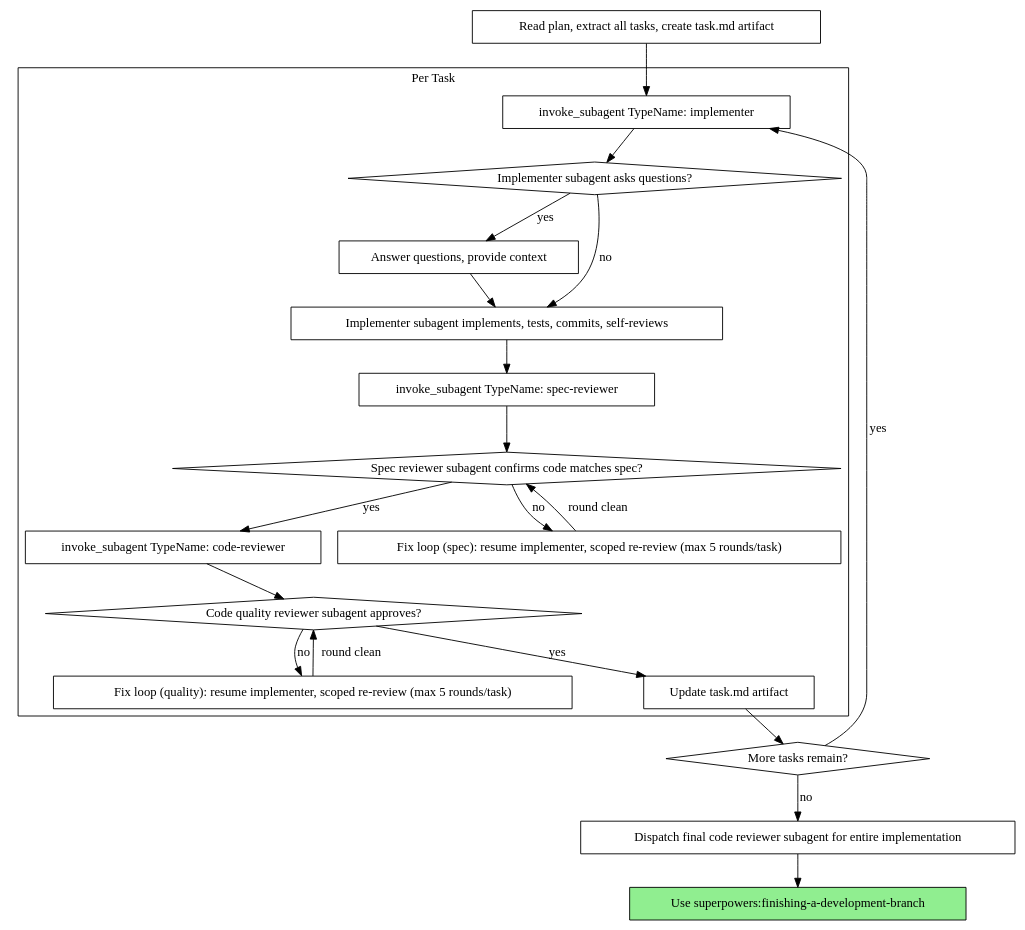
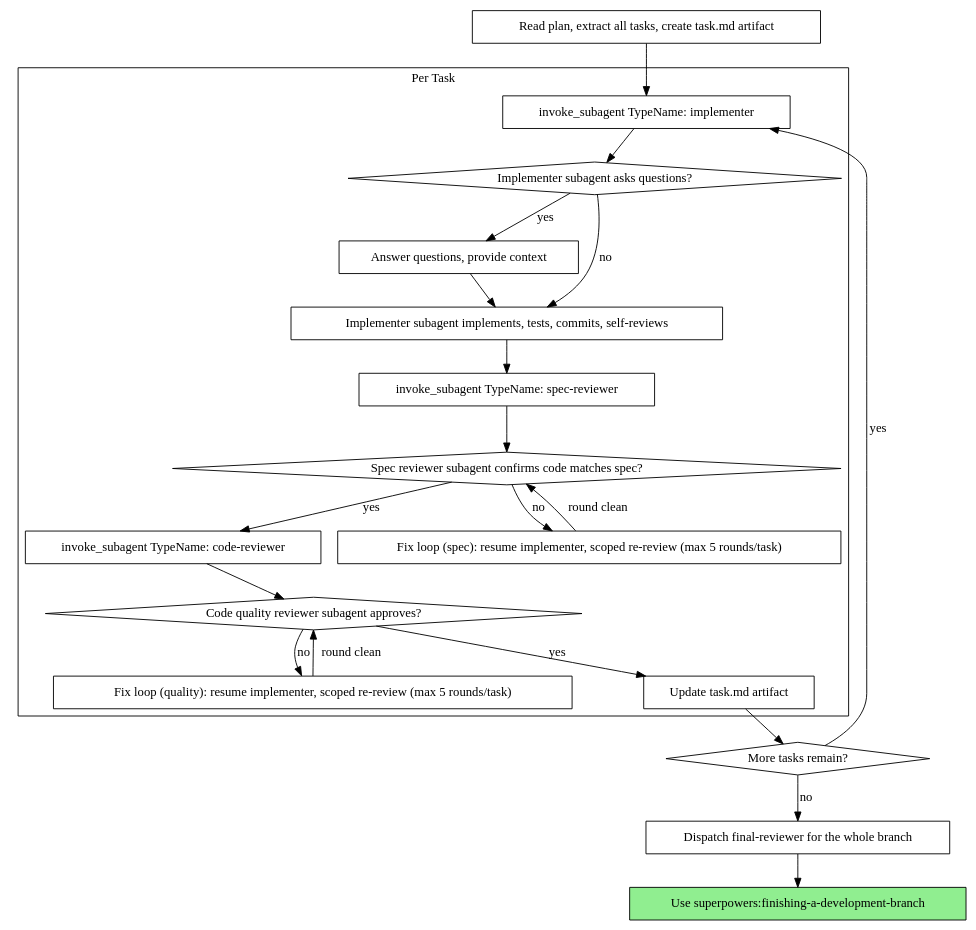
The second of 3 diagrams in skills/subagent-driven-development/SKILL.md (roundpilot/superpowers-antigravity), drawn with Graphviz before and after one commit. The commit also changed other lines of this file and 1 other file, not shown here.

Commit message:
feat(sdd): whole-branch final-reviewer, walkthrough, tiered Model Selection, example ledger lines

````diff
--- a/skills/subagent-driven-development/SKILL.md
+++ b/skills/subagent-driven-development/SKILL.md
@@ -65,44 +65,44 @@
 ```dot
 digraph process {
     rankdir=TB;
 
     subgraph cluster_per_task {
         label="Per Task";
         "invoke_subagent TypeName: implementer" [shape=box];
         "Implementer subagent asks questions?" [shape=diamond];
         "Answer questions, provide context" [shape=box];
         "Implementer subagent implements, tests, commits, self-reviews" [shape=box];
         "invoke_subagent TypeName: spec-reviewer" [shape=box];
         "Spec reviewer subagent confirms code matches spec?" [shape=diamond];
         "invoke_subagent TypeName: code-reviewer" [shape=box];
         "Code quality reviewer subagent approves?" [shape=diamond];
         "Fix loop (spec): resume implementer, scoped re-review (max 5 rounds/task)" [shape=box];
         "Fix loop (quality): resume implementer, scoped re-review (max 5 rounds/task)" [shape=box];
         "Update task.md artifact" [shape=box];
     }
 
     "Read plan, extract all tasks, create task.md artifact" [shape=box];
     "More tasks remain?" [shape=diamond];
-    "Dispatch final code reviewer subagent for entire implementation" [shape=box];
+    "Dispatch final-reviewer for the whole branch" [shape=box];
     "Use superpowers:finishing-a-development-branch" [shape=box style=filled fillcolor=lightgreen];
 
     "Read plan, extract all tasks, create task.md artifact" -> "invoke_subagent TypeName: implementer";
     "invoke_subagent TypeName: implementer" -> "Implementer subagent asks questions?";
     "Implementer subagent asks questions?" -> "Answer questions, provide context" [label="yes"];
     "Answer questions, provide context" -> "Implementer subagent implements, tests, commits, self-reviews";
     "Implementer subagent asks questions?" -> "Implementer subagent implements, tests, commits, self-reviews" [label="no"];
     "Implementer subagent implements, tests, commits, self-reviews" -> "invoke_subagent TypeName: spec-reviewer";
     "invoke_subagent TypeName: spec-reviewer" -> "Spec reviewer subagent confirms code matches spec?";
     "Spec reviewer subagent confirms code matches spec?" -> "Fix loop (spec): resume implementer, scoped re-review (max 5 rounds/task)" [label="no"];
     "Fix loop (spec): resume implementer, scoped re-review (max 5 rounds/task)" -> "Spec reviewer subagent confirms code matches spec?" [label="round clean"];
     "Spec reviewer subagent confirms code matches spec?" -> "invoke_subagent TypeName: code-reviewer" [label="yes"];
     "invoke_subagent TypeName: code-reviewer" -> "Code quality reviewer subagent approves?";
     "Code quality reviewer subagent approves?" -> "Fix loop (quality): resume implementer, scoped re-review (max 5 rounds/task)" [label="no"];
     "Fix loop (quality): resume implementer, scoped re-review (max 5 rounds/task)" -> "Code quality reviewer subagent approves?" [label="round clean"];
     "Code quality reviewer subagent approves?" -> "Update task.md artifact" [label="yes"];
     "Update task.md artifact" -> "More tasks remain?";
     "More tasks remain?" -> "invoke_subagent TypeName: implementer" [label="yes"];
-    "More tasks remain?" -> "Dispatch final code reviewer subagent for entire implementation" [label="no"];
-    "Dispatch final code reviewer subagent for entire implementation" -> "Use superpowers:finishing-a-development-branch";
+    "More tasks remain?" -> "Dispatch final-reviewer for the whole branch" [label="no"];
+    "Dispatch final-reviewer for the whole branch" -> "Use superpowers:finishing-a-development-branch";
 }
 ```
````
